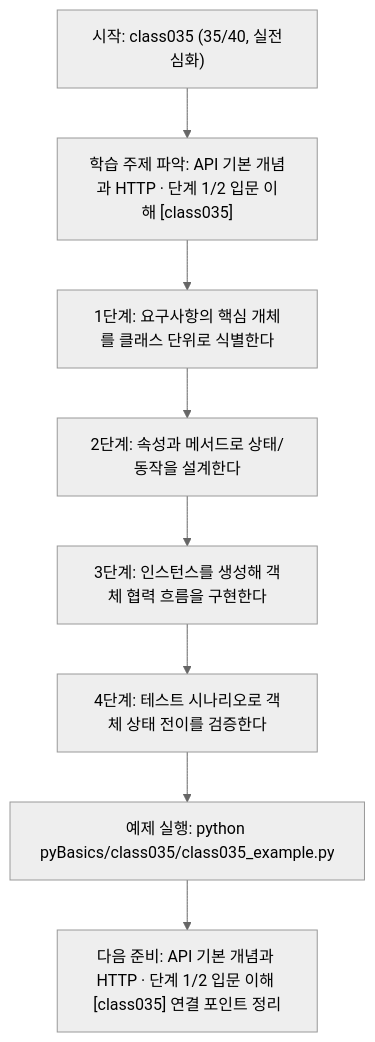
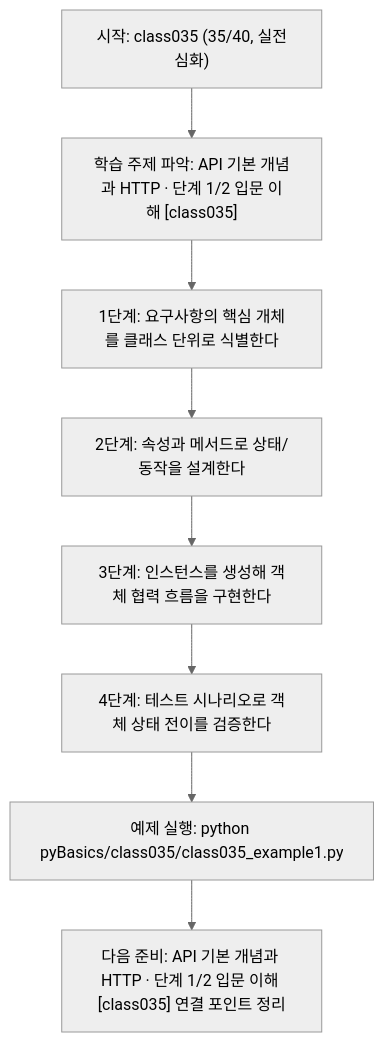
Before and after one commit to edumgt/Python-AI_Agent-Class: the diagram in pyBasics/class035/class035.md, drawn with Mermaid (neutral theme). The commit also changed other lines of this file and 2959 other files, not shown here.

````diff
--- a/pyBasics/class035/class035.md
+++ b/pyBasics/class035/class035.md
@@ -108,18 +108,18 @@
 ```mermaid
 flowchart TD
 N1["시작: class035 (35/40, 실전심화)"]
 N2["학습 주제 파악: API 기본 개념과 HTTP · 단계 1/2 입문 이해 [class035]"]
 N3["1단계: 요구사항의 핵심 개체를 클래스 단위로 식별한다"]
 N4["2단계: 속성과 메서드로 상태/동작을 설계한다"]
 N5["3단계: 인스턴스를 생성해 객체 협력 흐름을 구현한다"]
 N6["4단계: 테스트 시나리오로 객체 상태 전이를 검증한다"]
-N7["예제 실행: python pyBasics/class035/class035_example.py"]
+N7["예제 실행: python pyBasics/class035/class035_example1.py"]
 N8["다음 준비: API 기본 개념과 HTTP · 단계 1/2 입문 이해 [class035] 연결 포인트 정리"]
 N1 --> N2
 N2 --> N3
 N3 --> N4
 N4 --> N5
 N5 --> N6
 N6 --> N7
 N7 --> N8
 ```
````
